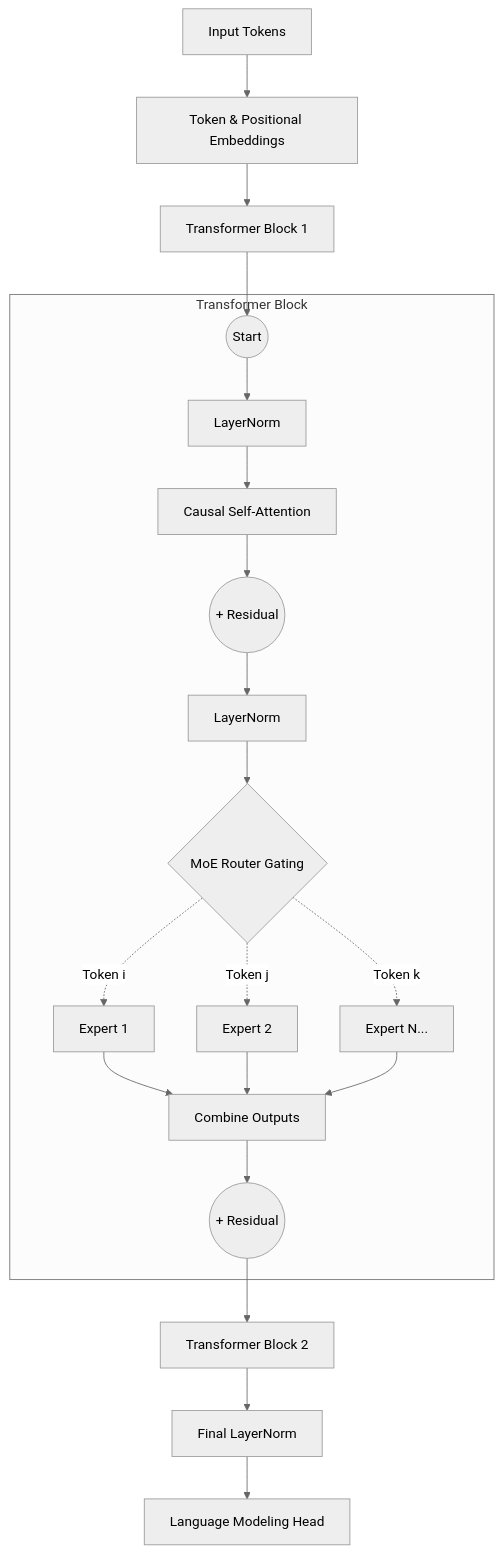
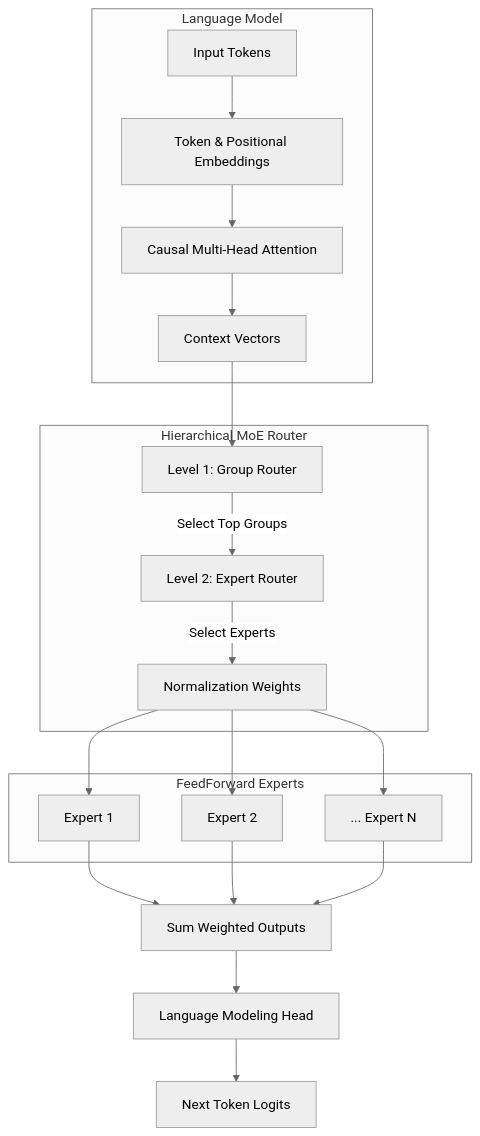
The second of 2 diagrams in README.md (MaheshChalla2701/Operation-Evolve), drawn with Mermaid (neutral theme) before and after one commit. The commit also changed other lines of this file and 26 other files, not shown here.

````diff
--- a/README.md
+++ b/README.md
@@ -28,30 +24,27 @@
 ```mermaid
-graph TD
-    Input[Input Tokens] --> Emb[Token & Positional Embeddings]
-    Emb --> B1[Transformer Block 1]
-    
-    subgraph Transformer Block
-        B_Start((Start)) --> LN1[LayerNorm]
-        LN1 --> Attn[Causal Self-Attention]
-        Attn --> Add1((+ Residual))
-        
-        Add1 --> LN2[LayerNorm]
-        
-        LN2 --> Router{MoE Router Gating}
-        Router -.->|Token i| E1[Expert 1]
-        Router -.->|Token j| E2[Expert 2]
-        Router -.->|Token k| En[Expert N...]
-        
-        E1 --> Combine[Combine Outputs]
-        E2 --> Combine
-        En --> Combine
-        
-        Combine --> Add2((+ Residual))
+flowchart TD
+    subgraph Language Model
+        In[Input Tokens] --> Emb[Token & Positional Embeddings]
+        Emb --> Attn[Causal Multi-Head Attention]
+        Attn --> Context[Context Vectors]
+    end
+
+    subgraph Hierarchical MoE Router
+        Context --> L1[Level 1: Group Router]
+        L1 --> |Select Top Groups| L2[Level 2: Expert Router]
+        L2 --> |Select Experts| Weights[Normalization Weights]
     end
     
-    B1 --> B_Start
-    Add2 --> B2[Transformer Block 2]
+    subgraph FeedForward Experts
+        Weights --> E1[Expert 1]
+        Weights --> E2[Expert 2]
+        Weights --> EN[... Expert N]
+    end
     
-    B2 --> LN_F[Final LayerNorm]
-    LN_F --> Head[Language Modeling Head]
+    E1 --> Out[Sum Weighted Outputs]
+    E2 --> Out
+    EN --> Out
+    
+    Out --> Head[Language Modeling Head]
+    Head --> Pred[Next Token Logits]
 ```
````
